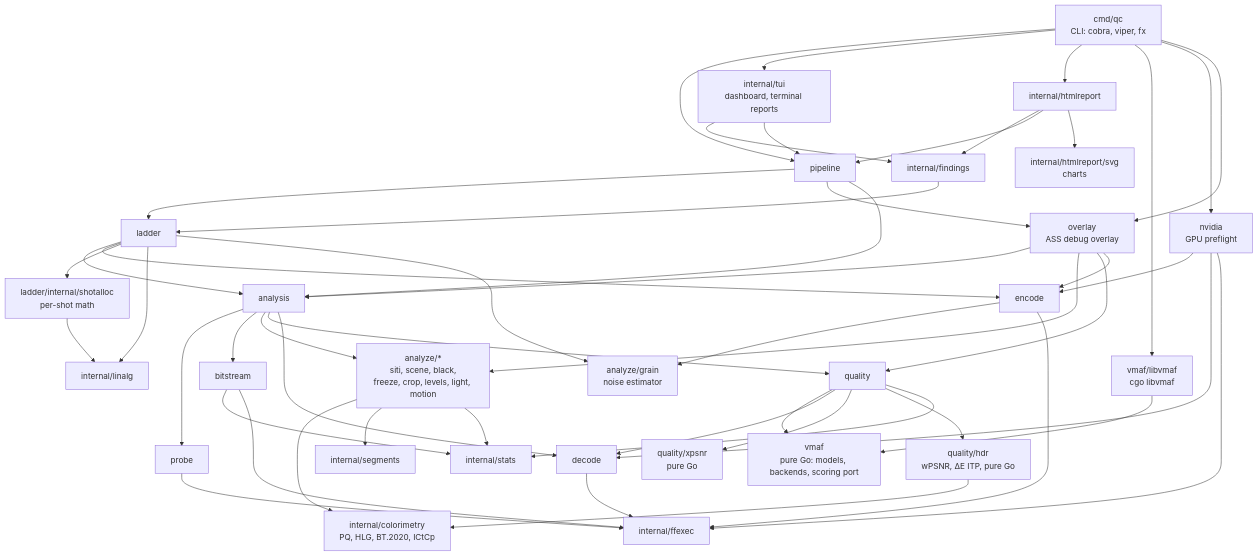
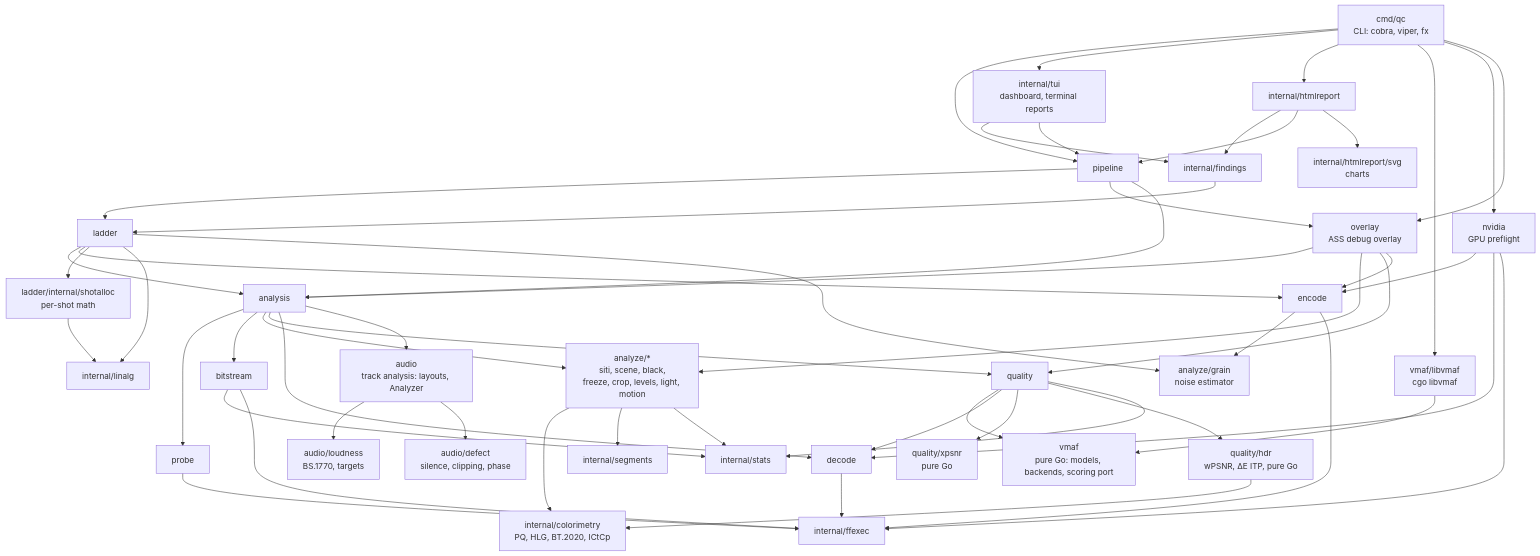
The diagram in docs/architecture.md (eko/qc), drawn with Mermaid before and after one commit. The commit also changed other lines of this file and 109 other files, not shown here.

Commit message:
Added audio analysis and speedup VMAF

````diff
--- a/docs/architecture.md
+++ b/docs/architecture.md
@@ -18,52 +18,55 @@
 ```mermaid
 flowchart TB
     cmd["cmd/qc<br/>CLI: cobra, viper, fx"] --> pipeline
     cmd --> tui["internal/tui<br/>dashboard, terminal reports"]
     cmd --> html["internal/htmlreport"]
     cmd --> libvmaf
     cmd --> nvidia["nvidia<br/>GPU preflight"]
     tui --> findings["internal/findings"]
     tui --> pipeline
     html --> findings
     html --> pipeline
     html --> svg["internal/htmlreport/svg<br/>charts"]
     findings --> ladder
     pipeline --> ladder
     pipeline --> overlay["overlay<br/>ASS debug overlay"]
     cmd --> overlay
     overlay --> analysis
     overlay --> analyze
     overlay --> quality
     overlay --> encode
     pipeline --> analysis
     ladder --> analysis
     ladder --> encode
     ladder --> shotalloc["ladder/internal/shotalloc<br/>per-shot math"]
     ladder --> linalg["internal/linalg"]
     shotalloc --> linalg
     ladder --> grain["analyze/grain<br/>noise estimator"]
     encode --> grain
     nvidia --> encode
     nvidia --> decode
     analysis --> probe
     analysis --> bitstream
     analysis --> analyze["analyze/*<br/>siti, scene, black,<br/>freeze, crop, levels, light, motion"]
     analyze --> colorimetry["internal/colorimetry<br/>PQ, HLG, BT.2020, ICtCp"]
     analysis --> quality
     analysis --> decode
+    analysis --> audio["audio<br/>track analysis: layouts, Analyzer"]
+    audio --> loudness["audio/loudness<br/>BS.1770, targets"]
+    audio --> defect["audio/defect<br/>silence, clipping, phase"]
     quality --> vmaf["vmaf<br/>pure Go: models, backends, scoring port"]
     libvmaf["vmaf/libvmaf<br/>cgo libvmaf"] --> vmaf
     quality --> decode
     quality --> xpsnr["quality/xpsnr<br/>pure Go"]
     quality --> hdrq["quality/hdr<br/>wPSNR, ΔE ITP, pure Go"]
     hdrq --> colorimetry
     analyze --> segments["internal/segments"]
     analyze --> stats["internal/stats"]
     quality --> stats
     bitstream --> stats
     decode --> ffexec["internal/ffexec"]
     probe --> ffexec
     bitstream --> ffexec
     encode --> ffexec
     nvidia --> ffexec
 ```
````
